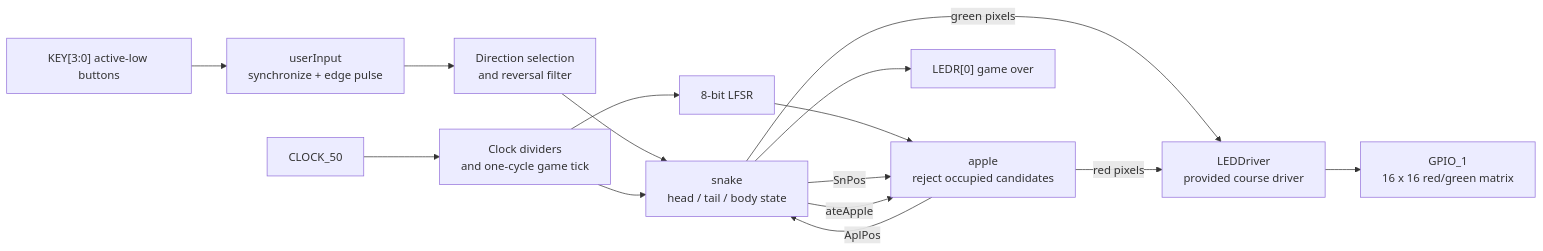
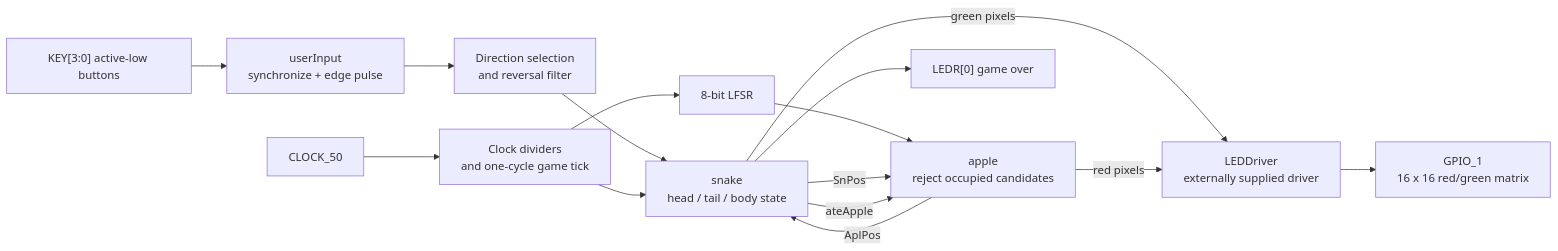
The first of 2 diagrams in README.md (kisaed/DE1_SoC_fpga_snake_game), drawn with Mermaid before and after one commit. The commit also changed other lines of this file and 2 other files, not shown here.

````diff
--- a/README.md
+++ b/README.md
@@ -21,17 +21,17 @@
 ```mermaid
 flowchart LR
     K["KEY[3:0] active-low buttons"] --> U["userInput<br/>synchronize + edge pulse"]
     U --> M["Direction selection<br/>and reversal filter"]
     M --> S["snake<br/>head / tail / body state"]
     C["CLOCK_50"] --> T["Clock dividers<br/>and one-cycle game tick"]
     T --> S
     T --> L["8-bit LFSR"]
     L --> A["apple<br/>reject occupied candidates"]
     S -->|SnPos| A
     S -->|ateApple| A
     A -->|AplPos| S
-    S -->|green pixels| D["LEDDriver<br/>provided course driver"]
+    S -->|green pixels| D["LEDDriver<br/>externally supplied driver"]
     A -->|red pixels| D
     D --> G["GPIO_1<br/>16 x 16 red/green matrix"]
     S --> O["LEDR[0] game over"]
 ```
````
